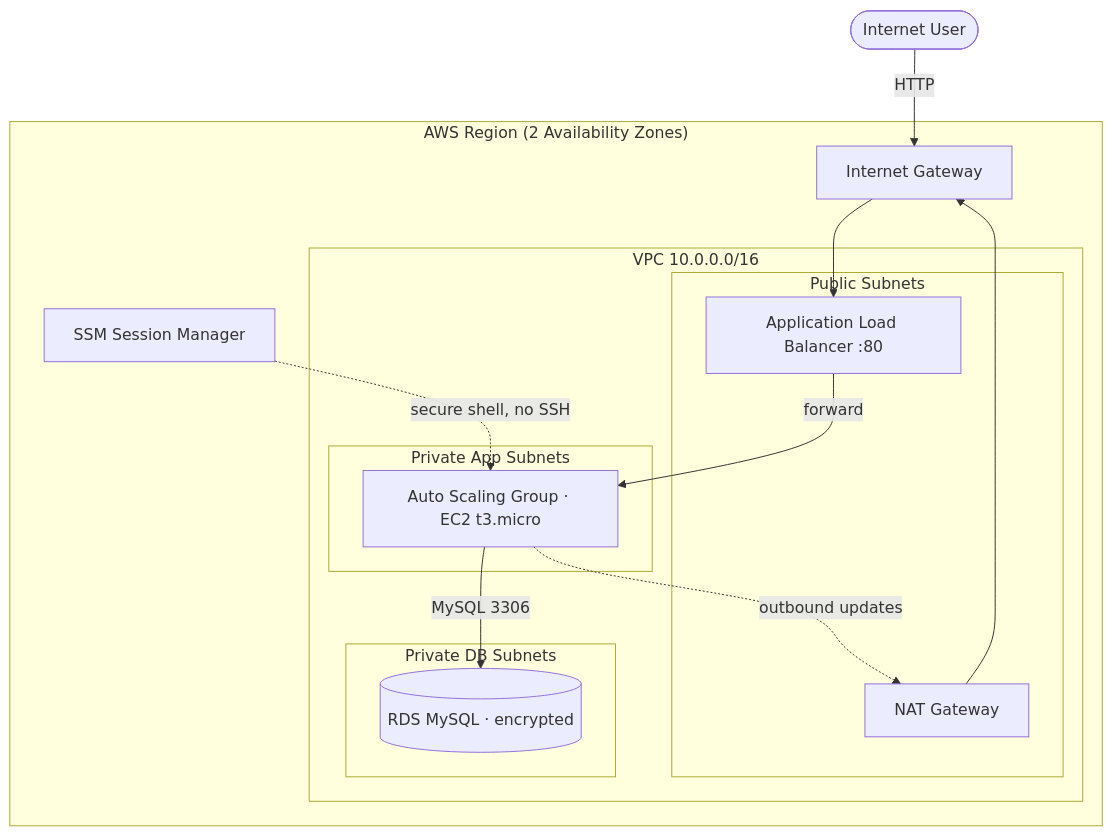
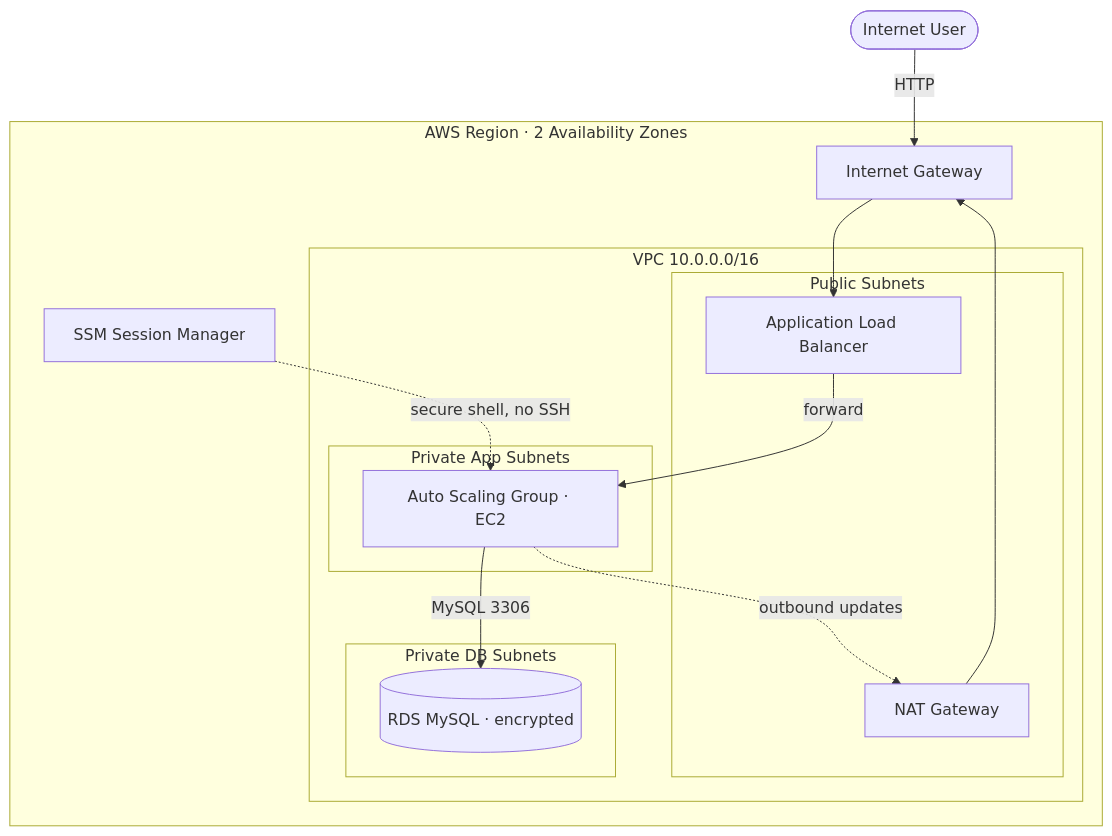
One commit to deba310984/Project_1 changed the diagram in README.md. Above: the diagram before and after it, drawn with Mermaid. The commit also changed other lines of this file, not shown here.

````diff
--- a/README.md
+++ b/README.md
@@ -34,23 +29,23 @@
 ```mermaid
 flowchart TB
     user([Internet User])
-    subgraph AWS["AWS Region (2 Availability Zones)"]
+    subgraph AWS["AWS Region · 2 Availability Zones"]
         igw[Internet Gateway]
         subgraph VPC["VPC 10.0.0.0/16"]
             subgraph PUB["Public Subnets"]
-                alb[Application Load Balancer :80]
+                alb[Application Load Balancer]
                 nat[NAT Gateway]
             end
             subgraph APP["Private App Subnets"]
-                asg[Auto Scaling Group · EC2 t3.micro]
+                asg[Auto Scaling Group · EC2]
             end
             subgraph DB["Private DB Subnets"]
                 rds[(RDS MySQL · encrypted)]
             end
         end
         ssm[SSM Session Manager]
     end
     user -->|HTTP| igw --> alb -->|forward| asg -->|MySQL 3306| rds
     asg -.->|outbound updates| nat --> igw
     ssm -.->|secure shell, no SSH| asg
 ```
````
